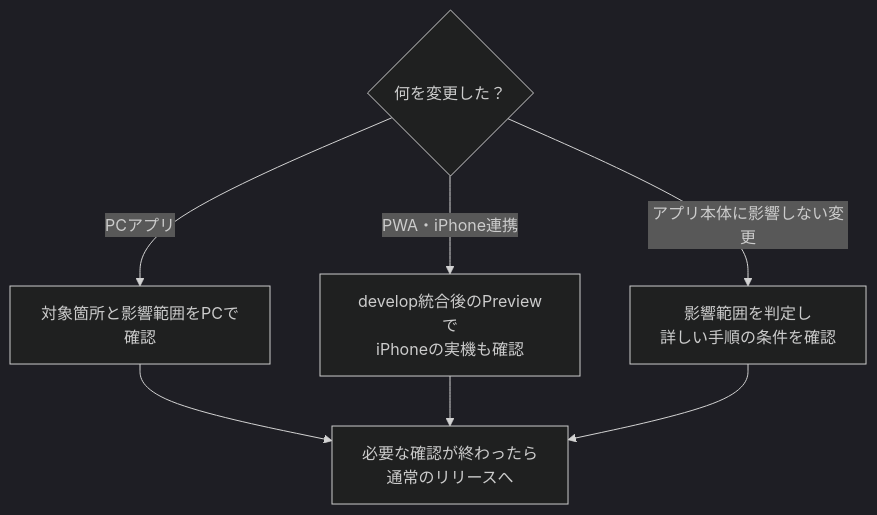
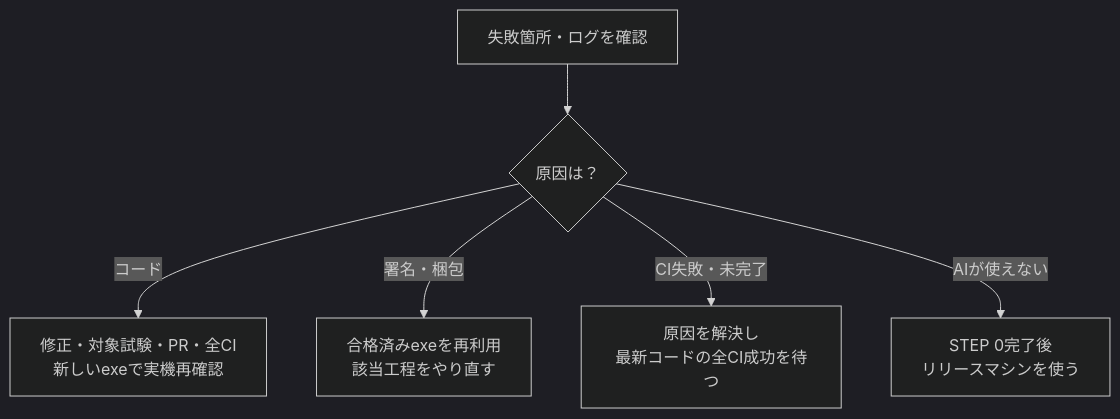
Before and after one commit to ore-no-fusen/ore-no-fusen: the eighth of 12 diagrams in docs/010_RELEASE.md, drawn with Mermaid (dark theme). The commit also changed other lines of this file, not shown here.

Commit message:
成果物と役割ごとの図表を追加

````diff
--- a/docs/010_RELEASE.md
+++ b/docs/010_RELEASE.md
@@ -59,9 +166,8 @@
 ```mermaid
 flowchart TD
-    A{何を変更した？} -->|PCアプリ| B[対象箇所と影響範囲をPCで確認]
-    A -->|PWA・iPhone連携| C[develop統合後のPreviewで<br/>iPhoneの実機も確認]
-    A -->|アプリ本体に影響しない変更| D[影響範囲を判定し<br/>詳しい手順の条件を確認]
-    B --> E[必要な確認が終わったら<br/>通常のリリースへ]
-    C --> E
-    D --> E
+    A["失敗箇所・ログを確認"] --> B{"原因は？"}
+    B -->|コード| C["修正・対象試験・PR・全CI<br/>新しいexeで実機再確認"]
+    B -->|署名・梱包| D["合格済みexeを再利用<br/>該当工程をやり直す"]
+    B -->|CI失敗・未完了| E["原因を解決し<br/>最新コードの全CI成功を待つ"]
+    B -->|AIが使えない| F["STEP 0完了後<br/>リリースマシンを使う"]
 ```
````
